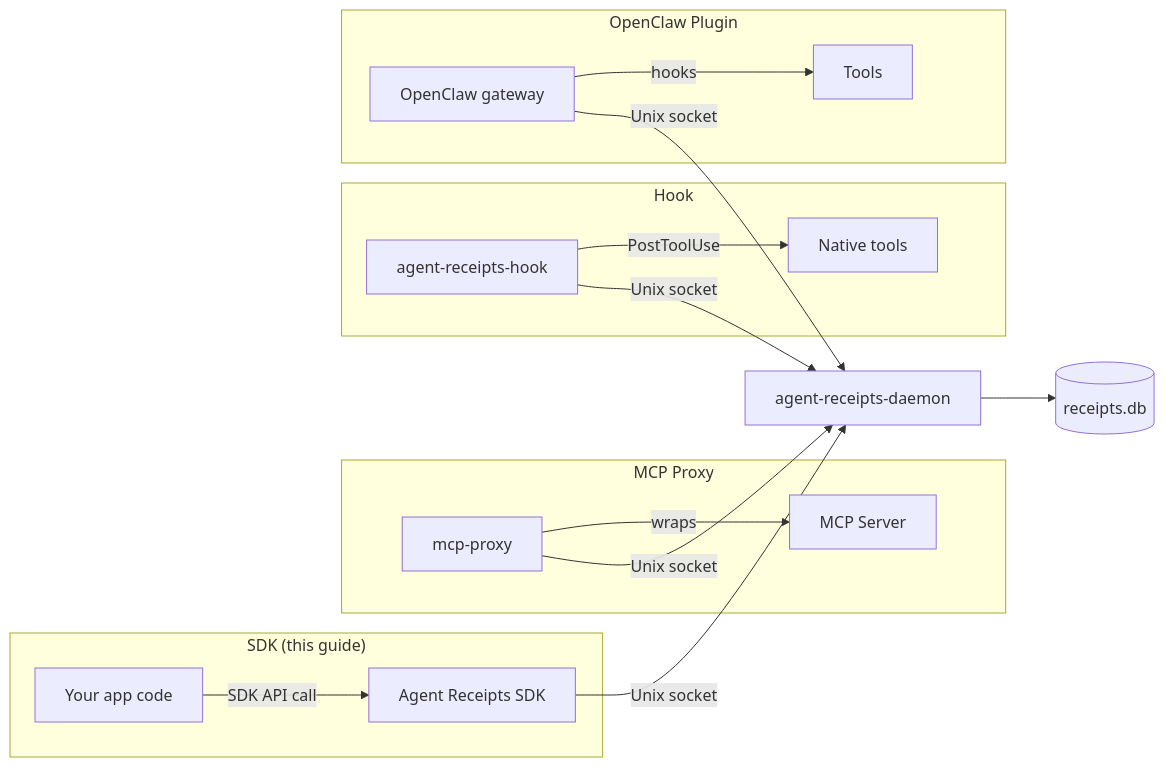
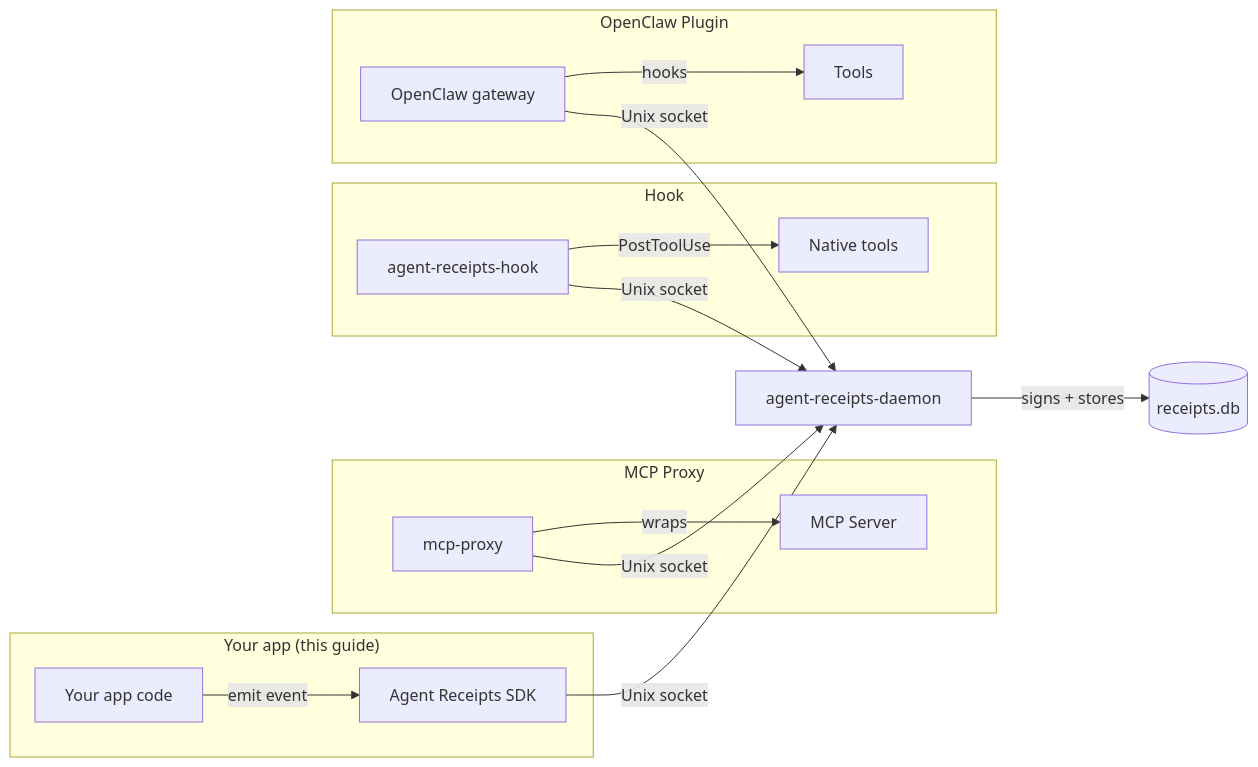
The diagram in site/src/content/docs/getting-started/quick-start.mdx (agent-receipts/ar), drawn with Mermaid before and after one commit. The commit also changed other lines of this file, not shown here.

````diff
--- a/site/src/content/docs/getting-started/quick-start.mdx
+++ b/site/src/content/docs/getting-started/quick-start.mdx
@@ -12,17 +17,17 @@
 ```mermaid
 graph LR
-  subgraph sdk["SDK (this guide)"]
-    A[Your app code] -- "SDK API call" --> S[Agent Receipts SDK]
+  subgraph app["Your app (this guide)"]
+    A[Your app code] -- "emit event" --> S[Agent Receipts SDK]
   end
   subgraph proxy["MCP Proxy"]
     P[mcp-proxy] -- "wraps" --> M[MCP Server]
   end
   subgraph hook["Hook"]
     H[agent-receipts-hook] -- "PostToolUse" --> NT[Native tools]
   end
   subgraph plugin["OpenClaw Plugin"]
     O[OpenClaw gateway] -- "hooks" --> T[Tools]
   end
   S & P & H & O -- "Unix socket" --> D[agent-receipts-daemon]
-  D --> DB[(receipts.db)]
+  D -- "signs + stores" --> DB[(receipts.db)]
 ```
````
